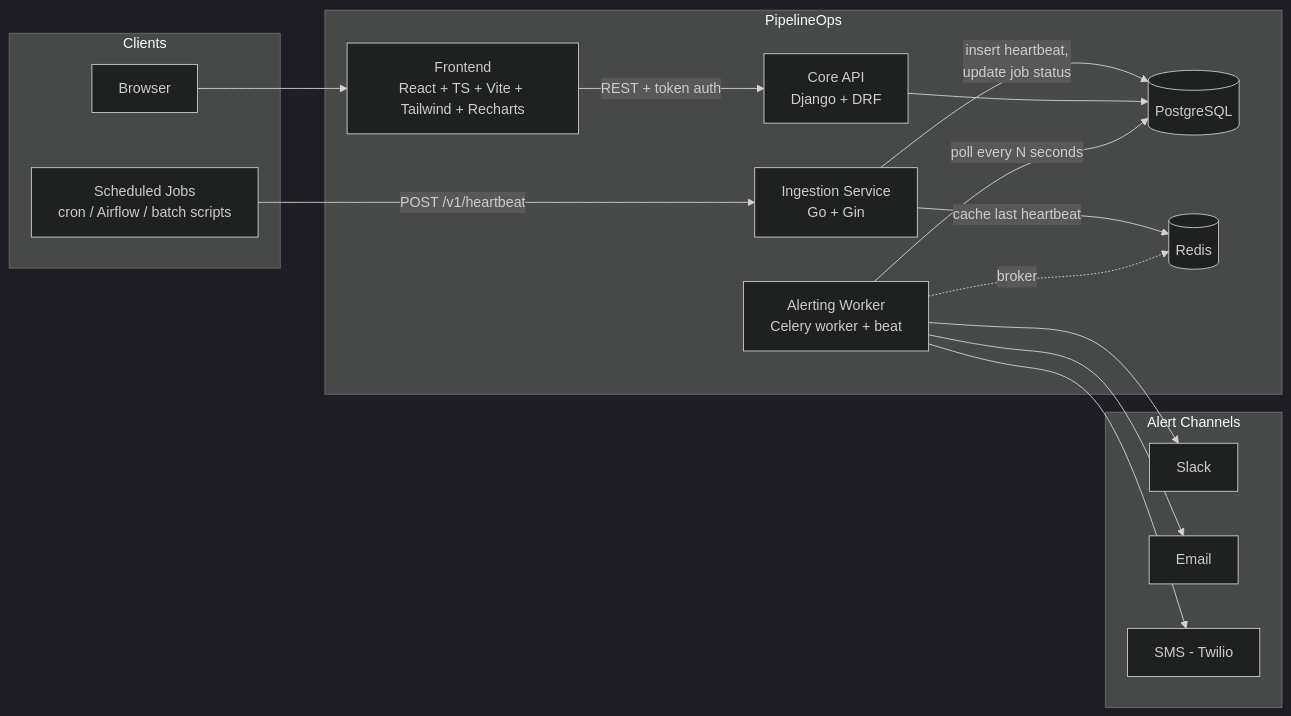
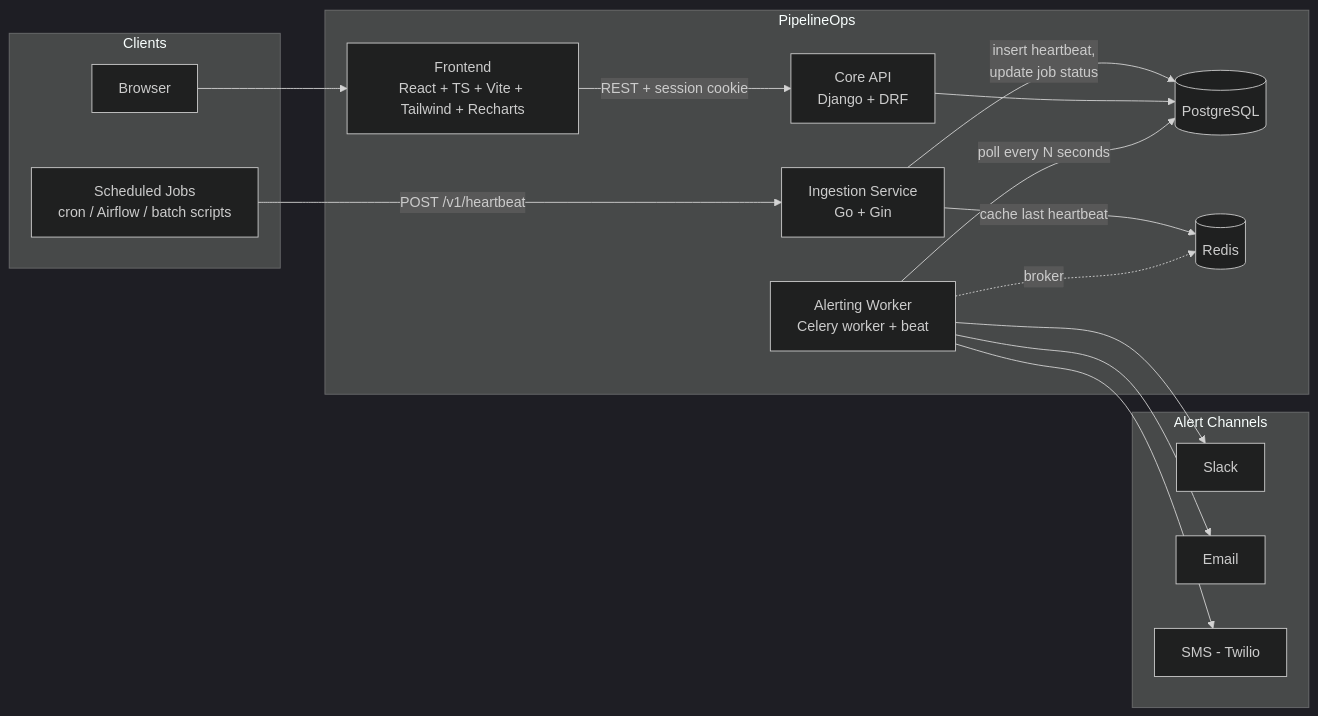
One commit to sahilkalgutkar/PipelineOps changed the diagram in README.md. Above: the diagram before and after it, drawn with Mermaid (dark theme). The commit also changed other lines of this file and 14 other files, not shown here.

````diff
--- a/README.md
+++ b/README.md
@@ -16,34 +16,34 @@
 ```mermaid
 flowchart LR
     subgraph Clients
         J[Scheduled Jobs<br/>cron / Airflow / batch scripts]
         U[Browser]
     end
 
     subgraph Cluster [PipelineOps]
         FE[Frontend<br/>React + TS + Vite + Tailwind + Recharts]
         API[Core API<br/>Django + DRF]
         ING[Ingestion Service<br/>Go + Gin]
         WORK[Alerting Worker<br/>Celery worker + beat]
         PG[(PostgreSQL)]
         RD[(Redis)]
     end
 
     subgraph Notify [Alert Channels]
         SL[Slack]
         EM[Email]
         SMS[SMS - Twilio]
     end
 
     J -- "POST /v1/heartbeat" --> ING
     ING -- "insert heartbeat,<br/>update job status" --> PG
     ING -- "cache last heartbeat" --> RD
     U --> FE
-    FE -- "REST + token auth" --> API
+    FE -- "REST + session cookie" --> API
     API --> PG
     WORK -- "poll every N seconds" --> PG
     WORK --> SL
     WORK --> EM
     WORK --> SMS
     WORK -. "broker" .-> RD
 ```
````
